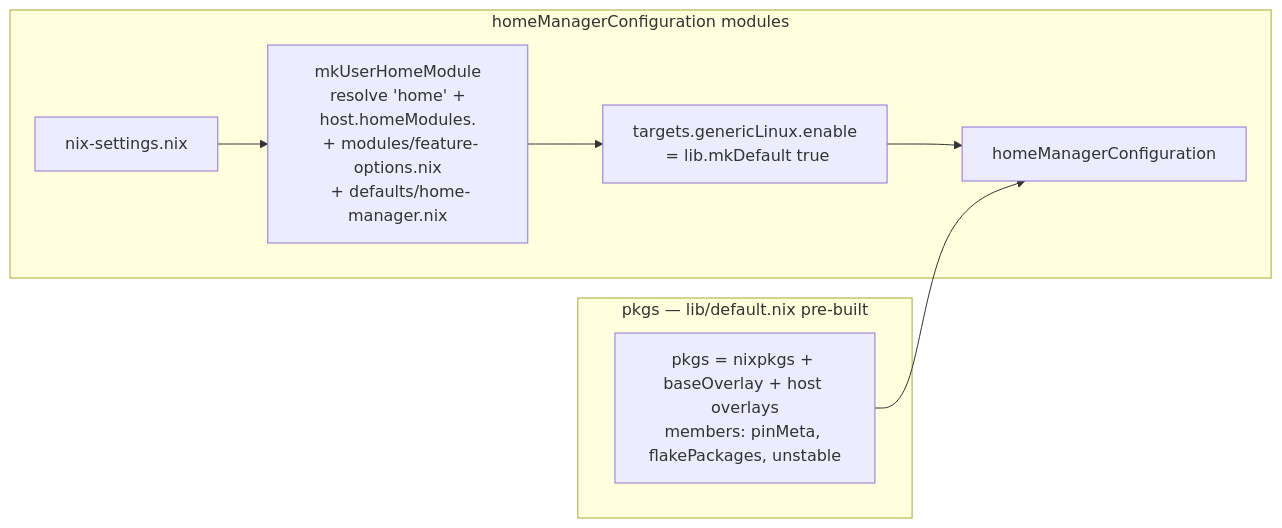
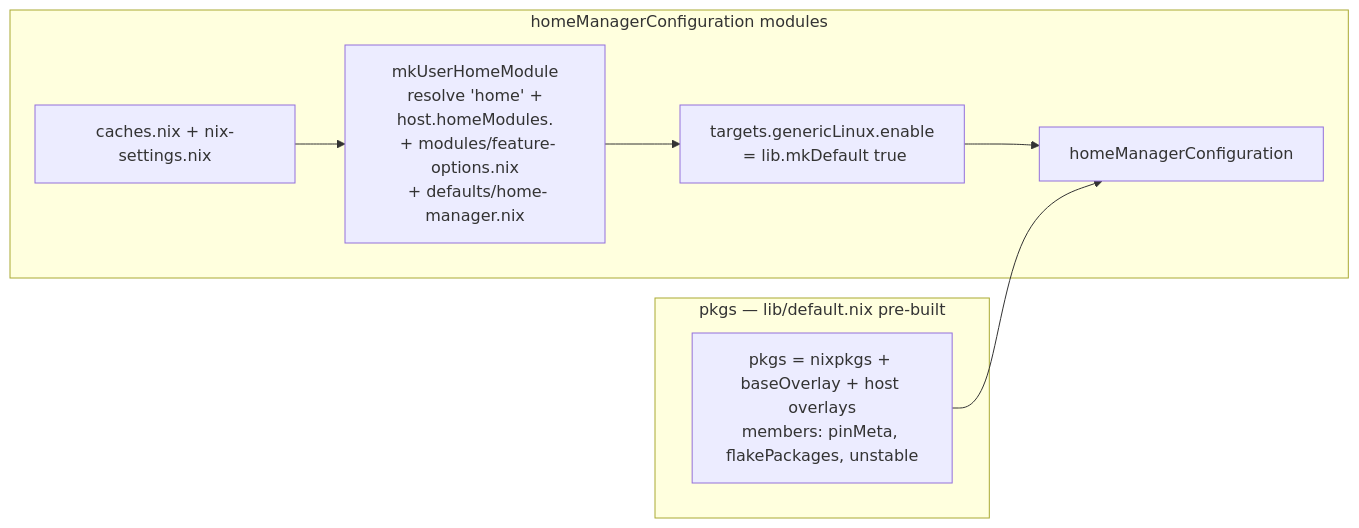
The sixth of 7 diagrams in DESIGN.md (WombatFromHell/automatic-palm-tree), drawn with Mermaid before and after one commit. The commit also changed other lines of this file and 20 other files, not shown here.

````diff
--- a/DESIGN.md
+++ b/DESIGN.md
@@ -201,13 +204,13 @@
 ```mermaid
 flowchart LR
     subgraph Pkgs ["pkgs — lib/default.nix pre-built"]
         pkgsNode["pkgs = nixpkgs + baseOverlay + host overlays\nmembers: pinMeta, flakePackages, unstable"]
     end
     subgraph Mods2 ["homeManagerConfiguration modules"]
-        nixSet2["nix-settings.nix"]
+        nixSet2["caches.nix + nix-settings.nix"]
         userMod["mkUserHomeModule\n resolve 'home' + host.homeModules.<user>\n + modules/feature-options.nix\n + defaults/home-manager.nix"]
         generic["targets.genericLinux.enable\n = lib.mkDefault true"]
         nixSet2 --> userMod --> generic --> merged2["homeManagerConfiguration"]
     end
     pkgsNode --> merged2
 ```
````
